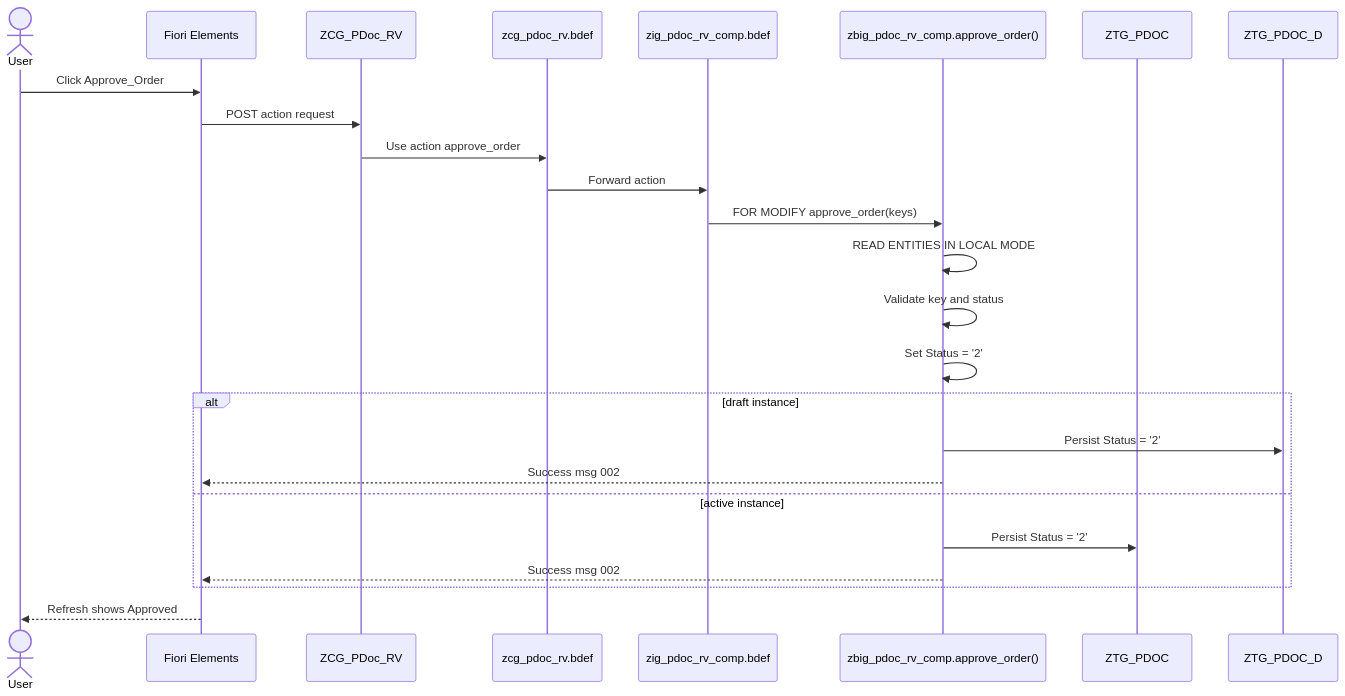
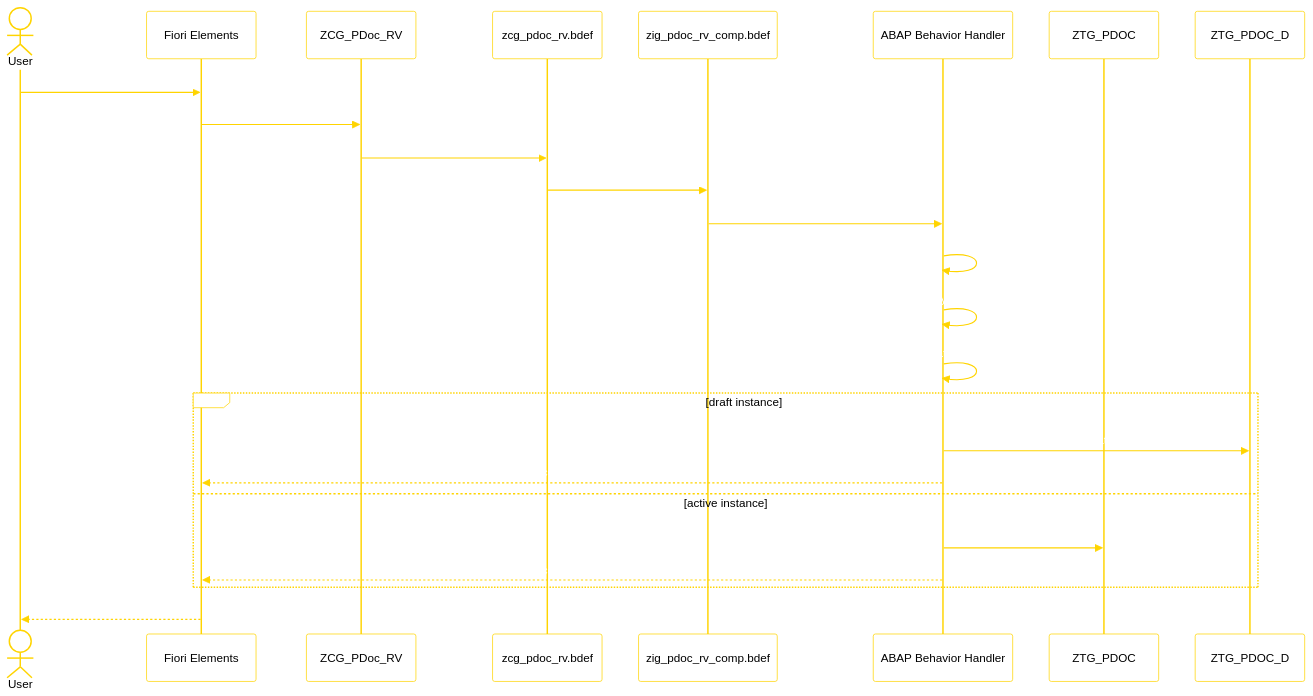
Before and after one commit to gfcarlson/rap_1_store: the fifth of 6 diagrams in Approve_Order.md, drawn with Mermaid. The commit also changed other lines of this file and 2 other files, not shown here.

````diff
--- a/Approve_Order.md
+++ b/Approve_Order.md
@@ -198,31 +202,32 @@
 ```mermaid
+%%{init: {"theme": "base", "themeVariables": {"background": "transparent", "fontFamily": "ui-sans-serif, system-ui, -apple-system, Segoe UI, sans-serif", "primaryColor": "#ffffff", "primaryTextColor": "#000000", "primaryBorderColor": "#ffd400", "lineColor": "#ffd400", "secondaryColor": "#ffffff", "secondaryTextColor": "#000000", "secondaryBorderColor": "#ffd400", "tertiaryColor": "#ffffff", "tertiaryTextColor": "#000000", "tertiaryBorderColor": "#ffd400", "actorBkg": "#ffffff", "actorTextColor": "#000000", "actorBorderColor": "#ffd400", "signalColor": "#ffd400", "noteBkgColor": "#ffffff", "noteTextColor": "#ffffff", "noteBorderColor": "#ffd400", "clusterBkg": "#ffffff", "clusterBorderColor": "#ffd400", "textColor": "#ffffff", "labelTextColor": "#ffffff", "messageTextColor": "#ffffff", "messageFontColor": "#ffffff"}}}%%
 sequenceDiagram
     actor User
     participant FE as Fiori Elements
     participant PROJ as ZCG_PDoc_RV
     participant BDEF as zcg_pdoc_rv.bdef
     participant ROOT as zig_pdoc_rv_comp.bdef
-    participant H as zbig_pdoc_rv_comp.approve_order()
+    participant H as ABAP Behavior Handler
     participant ACT as ZTG_PDOC
     participant DFT as ZTG_PDOC_D
 
     User->>FE: Click Approve_Order
     FE->>PROJ: POST action request
     PROJ->>BDEF: Use action approve_order
     BDEF->>ROOT: Forward action
     ROOT->>H: FOR MODIFY approve_order(keys)
 
     H->>H: READ ENTITIES IN LOCAL MODE
     H->>H: Validate key and status
     H->>H: Set Status = '2'
 
     alt draft instance
         H->>DFT: Persist Status = '2'
         H-->>FE: Success msg 002
     else active instance
         H->>ACT: Persist Status = '2'
         H-->>FE: Success msg 002
     end
 
     FE-->>User: Refresh shows Approved
 ```
````
